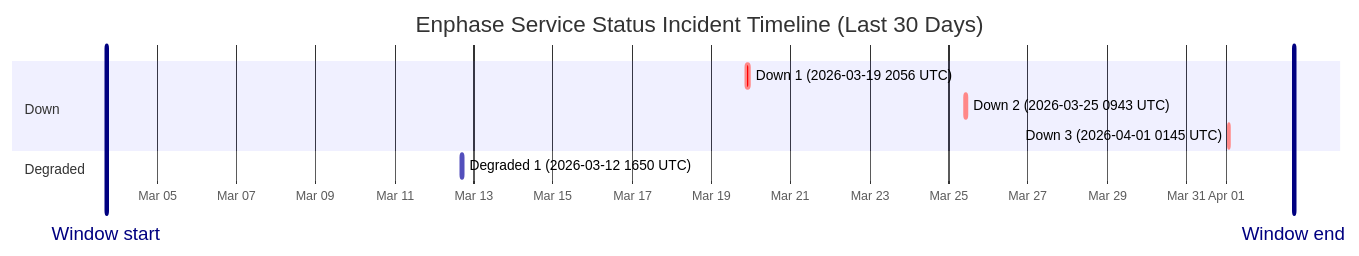
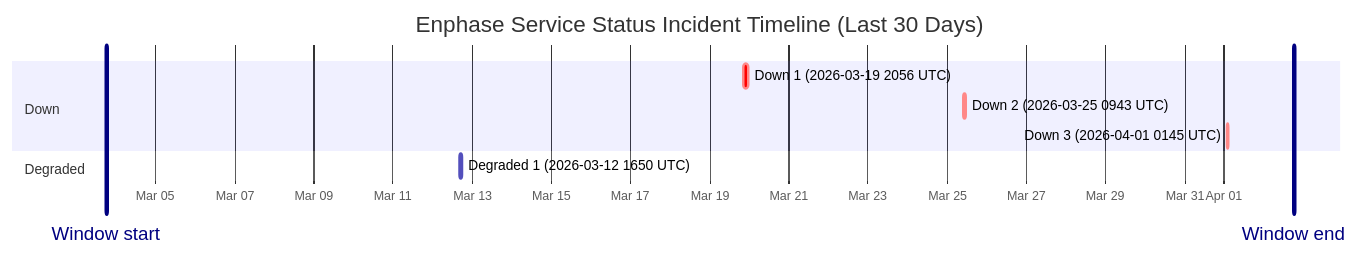
One commit to barneyonline/ha-enphase-ev-charger changed the diagram in wiki/Service-Status-History.md. Above: the diagram before and after it, drawn with Mermaid. The commit also changed other lines of this file and 3 other files, not shown here.

````diff
--- a/wiki/Service-Status-History.md
+++ b/wiki/Service-Status-History.md
@@ -14,14 +14,14 @@
 ```mermaid
 gantt
     title Enphase Service Status Incident Timeline (Last 30 Days)
     dateFormat  YYYY-MM-DDTHH:mm:ss
     axisFormat  %b %d
-    Window start :vert, window-start, 2026-03-03T17:14:00, 0ms
-    Window end :vert, window-end, 2026-04-02T17:14:00, 0ms
+    Window start :vert, window-start, 2026-03-03T18:07:57, 0ms
+    Window end :vert, window-end, 2026-04-02T18:07:57, 0ms
     section Down
     Down 1 (2026-03-19 2056 UTC) :crit, down-1, 2026-03-19T20:56:20, 145m
     Down 2 (2026-03-25 0943 UTC) :crit, down-2, 2026-03-25T09:43:28, 111m
     Down 3 (2026-04-01 0145 UTC) :crit, down-3, 2026-04-01T01:45:09, 60m
     section Degraded
     Degraded 1 (2026-03-12 1650 UTC) :active, degraded-1, 2026-03-12T16:50:43, 60m
 ```
````
